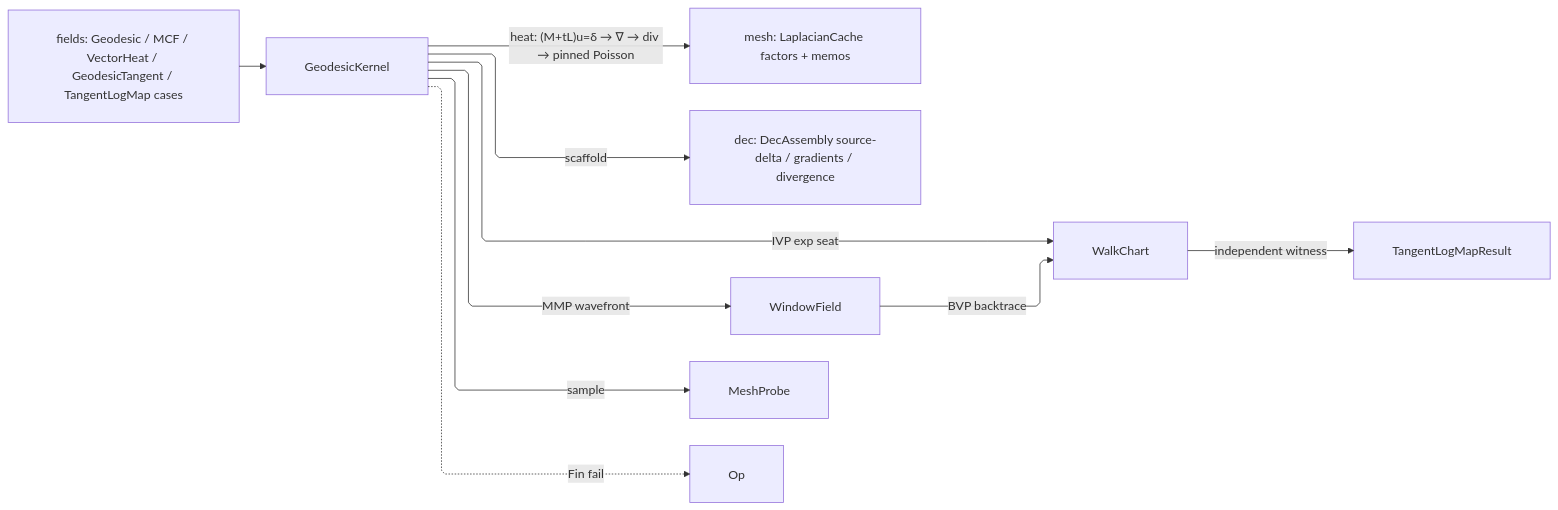
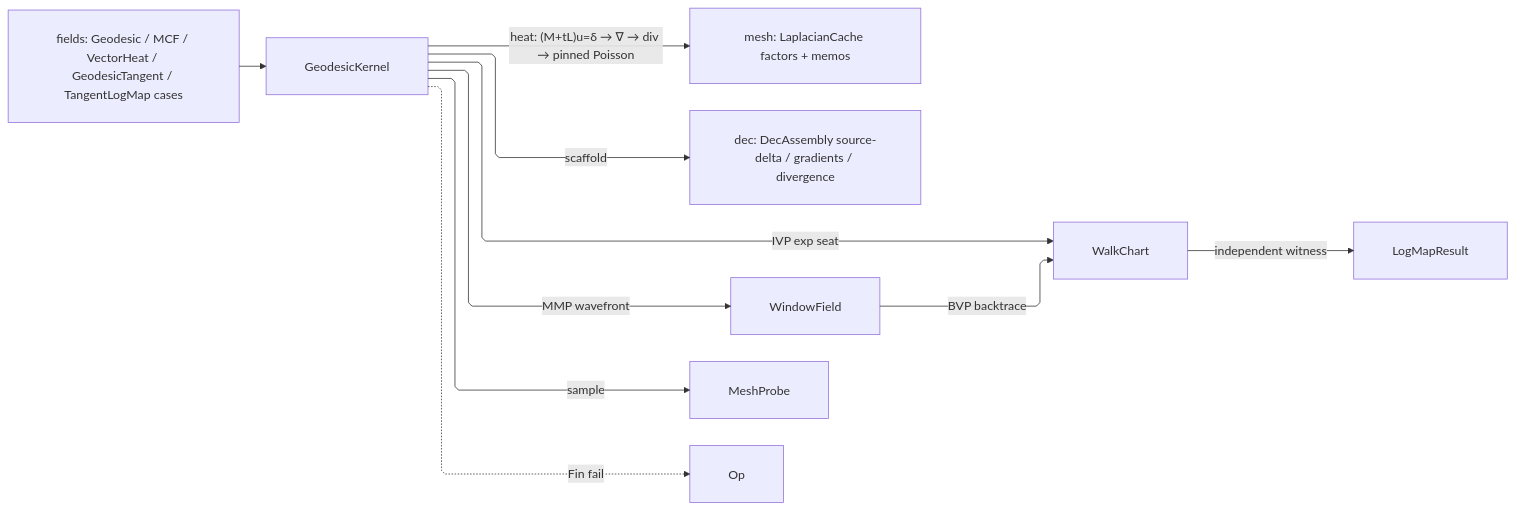
Before and after one commit to bsamiee/Rasm: the diagram in libs/dotnet/Rasm/.planning/Processing/geodesics.md, drawn with Mermaid. The commit also changed other lines of this file and 68 other files, not shown here.

````diff
--- a/libs/dotnet/Rasm/.planning/Processing/geodesics.md
+++ b/libs/dotnet/Rasm/.planning/Processing/geodesics.md
@@ -972,21 +932,21 @@
 ```mermaid
 ---
 config:
   layout: elk
   flowchart:
     curve: linear
     padding: 25
 ---
 flowchart LR
     accTitle: Geodesic kernel dispatch
     accDescr: Heat, MMP, and transport bands folding through the intrinsic mesh, frame bundle, and window field onto typed traces.
     Fields["fields: Geodesic / MCF / VectorHeat / GeodesicTangent / TangentLogMap cases"] --> GeodesicKernel
     GeodesicKernel -->|"heat: (M+tL)u=δ → ∇ → div → pinned Poisson"| Cache["mesh: LaplacianCache factors + memos"]
     GeodesicKernel -->|scaffold| Dec["dec: DecAssembly source-delta / gradients / divergence"]
     GeodesicKernel -->|MMP wavefront| WindowField
     WindowField -->|BVP backtrace| WalkChart
     GeodesicKernel -->|IVP exp seat| WalkChart
-    WalkChart -->|independent witness| TangentLogMapResult
+    WalkChart -->|independent witness| LogMapResult
     GeodesicKernel -->|sample| MeshProbe
     GeodesicKernel -.->|Fin fail| Op
 ```
````
